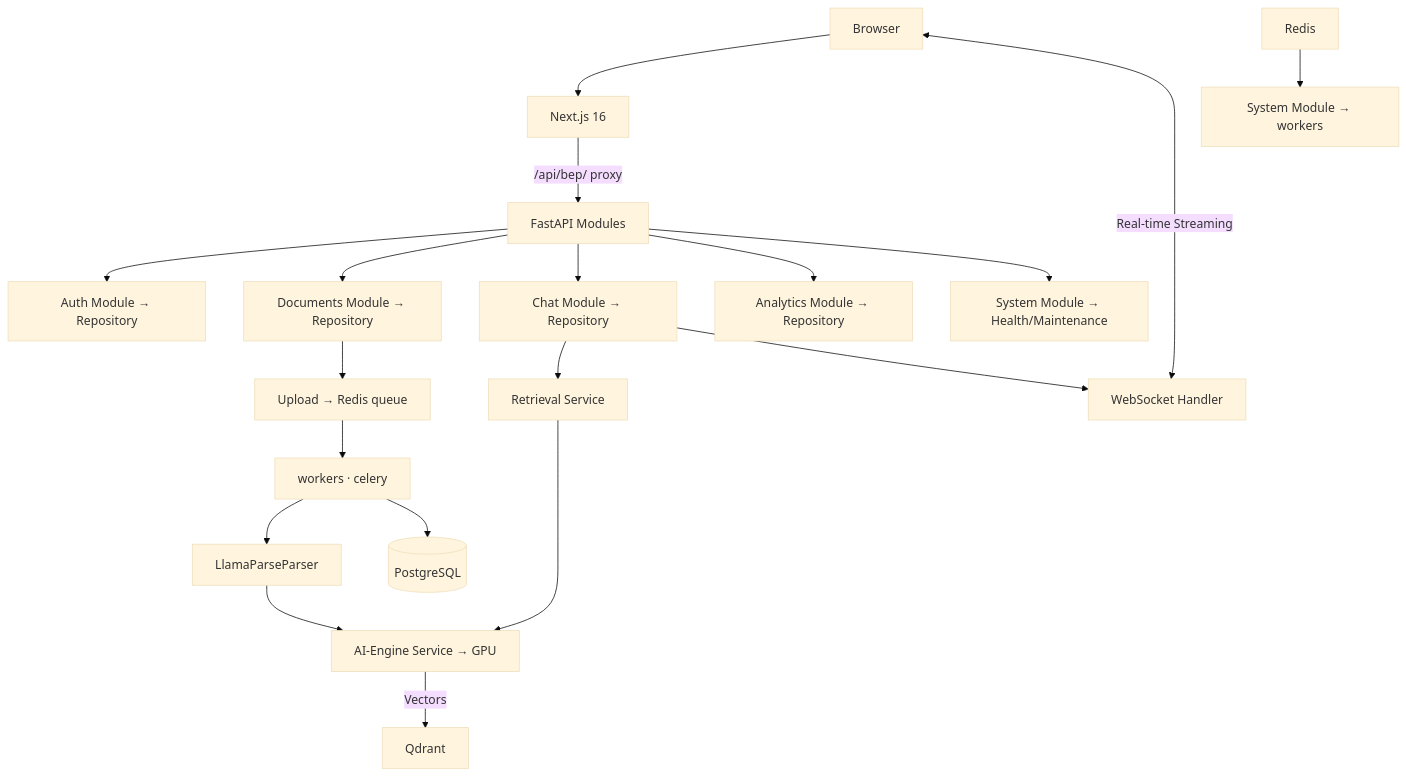
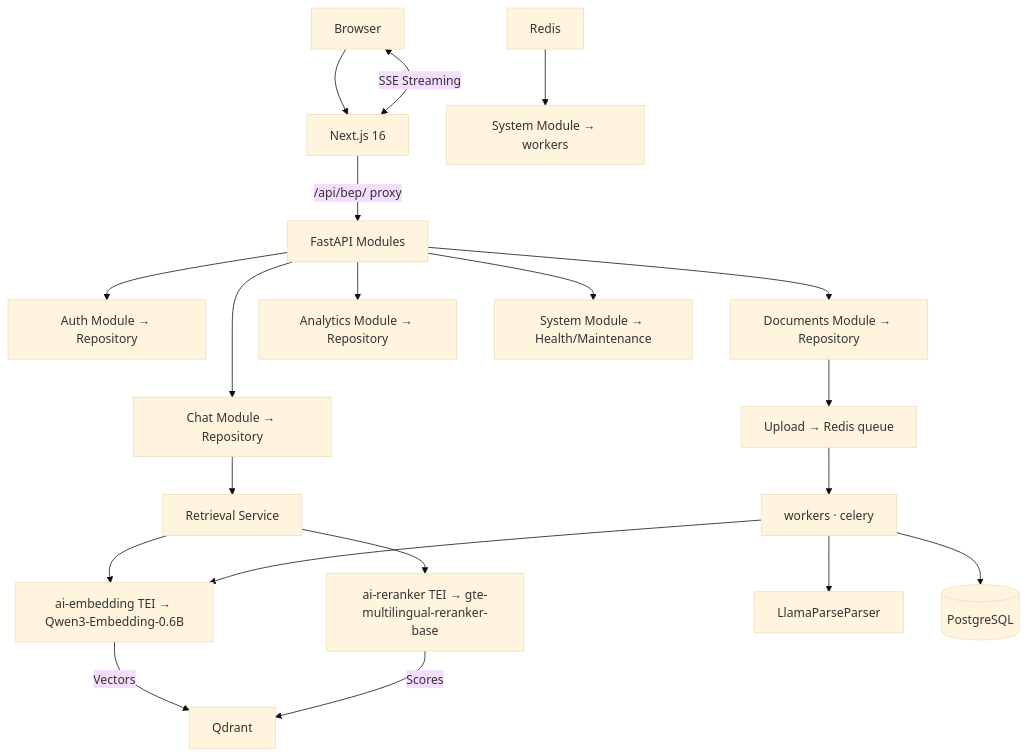
Before and after one commit to qtuanph/chatbot-rag: the diagram in docs/1_ARCHITECTURE.md, drawn with Mermaid (base theme). The commit also changed other lines of this file and 49 other files, not shown here.

````diff
--- a/docs/1_ARCHITECTURE.md
+++ b/docs/1_ARCHITECTURE.md
@@ -78,24 +77,25 @@
 ```mermaid
 graph TD
     Client[Browser] --> WebApp[Next.js 16]
     WebApp -->|/api/bep/ proxy| API[FastAPI Modules]
     API --> AuthSvc[Auth Module → Repository]
     API --> DocSvc[Documents Module → Repository]
     API --> ChatSvc[Chat Module → Repository]
     API --> AnalyticSvc[Analytics Module → Repository]
     API --> SystemSvc[System Module → Health/Maintenance]
 
     ChatSvc --> Retriever[Retrieval Service]
-    ChatSvc --> WebSocketSvc[WebSocket Handler]
-    Retriever --> AI_Engine[AI-Engine Service → GPU]
-    AI_Engine -->|Vectors| Qdrant
+    Retriever --> AIEmbed[ai-embedding TEI → Qwen3-Embedding-0.6B]
+    Retriever --> AIRerank[ai-reranker TEI → gte-multilingual-reranker-base]
+    AIEmbed -->|Vectors| Qdrant
+    AIRerank -->|Scores| Qdrant
 
-    WebSocketSvc <-->|Real-time Streaming| Client
+    WebApp <-->|SSE Streaming| Client
 
     DocSvc --> Upload[Upload → Redis queue]
     Upload --> Worker[workers · celery]
     Worker --> Parser[LlamaParseParser]
-    Parser --> AI_Engine
+    Worker --> AIEmbed
     Worker --> DB[(PostgreSQL)]
     Redis --> Cleanup[System Module → workers]
 ```
````
